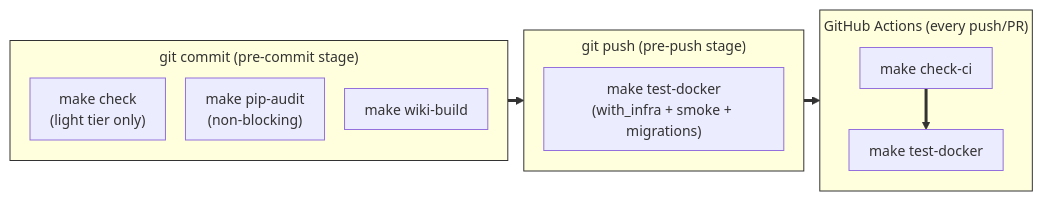
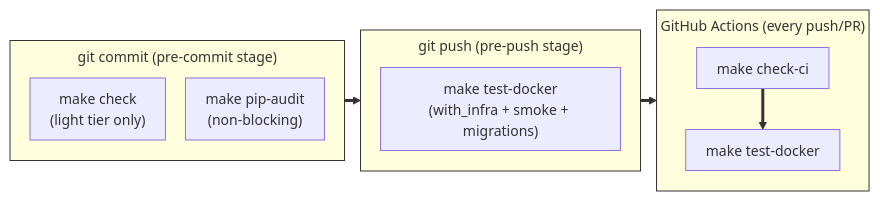
One commit to Kgotso-Koete/fastapi-clean-example changed the second of 2 diagrams in docs/wiki/content/testing/running-tests.md. Above: the diagram before and after it, drawn with Mermaid. The commit also changed other lines of this file and 34 other files, not shown here.

````diff
--- a/docs/wiki/content/testing/running-tests.md
+++ b/docs/wiki/content/testing/running-tests.md
@@ -97,26 +97,25 @@
     ```mermaid
     %%{init: {"theme": "default", "themeVariables": {"fontSize": "14px"}, "flowchart": {"nodeSpacing": 20, "rankSpacing": 16, "padding": 10, "subGraphTitleMargin": {"top": 5, "bottom": 12}, "useMaxWidth": false}}}%%
     flowchart LR
         subgraph precommit["git commit (pre-commit stage)"]
             c1["make check<br/>(light tier only)"]
             c2["make pip-audit<br/>(non-blocking)"]
-            c3["make wiki-build"]
         end
 
         subgraph prepush["git push (pre-push stage)"]
             p1["make test-docker<br/>(with_infra + smoke + migrations)"]
         end
 
         subgraph ci["GitHub Actions (every push/PR)"]
             g1["make check-ci"]
             g2["make test-docker"]
             g1 --> g2
         end
 
         precommit --> prepush --> ci
 
         linkStyle default stroke-width:3px,stroke:#333333
         style precommit stroke-width:1px,stroke:#333333
         style prepush stroke-width:1px,stroke:#333333
         style ci stroke-width:1px,stroke:#333333
     ```
````
